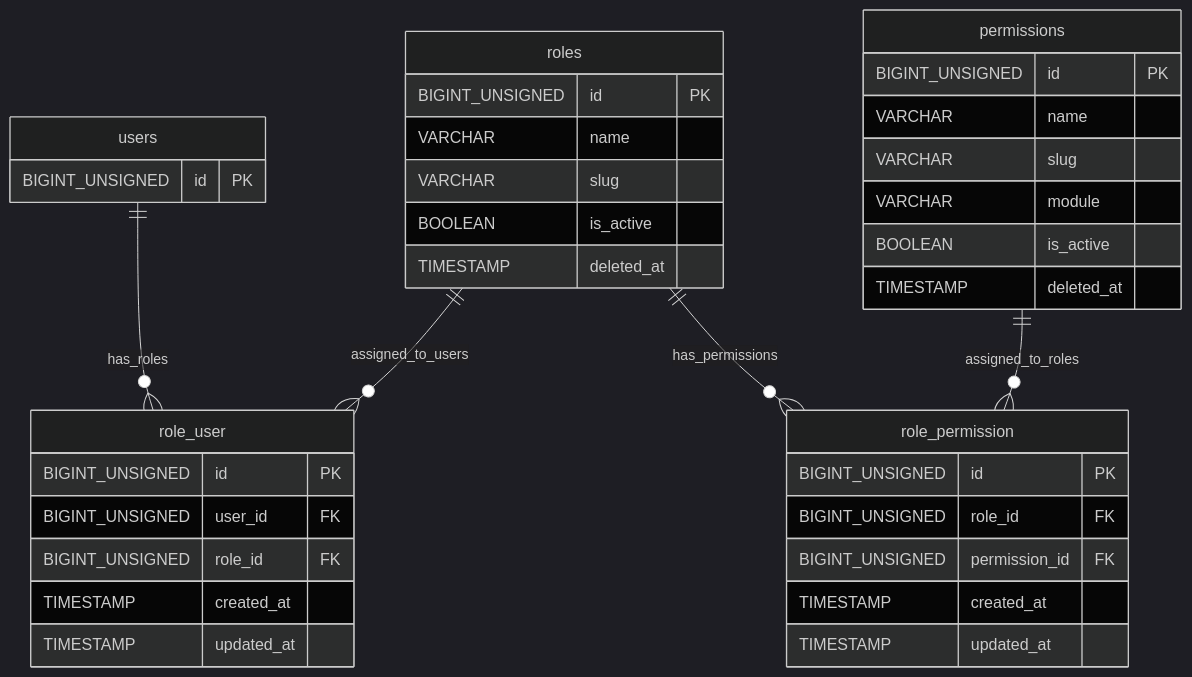
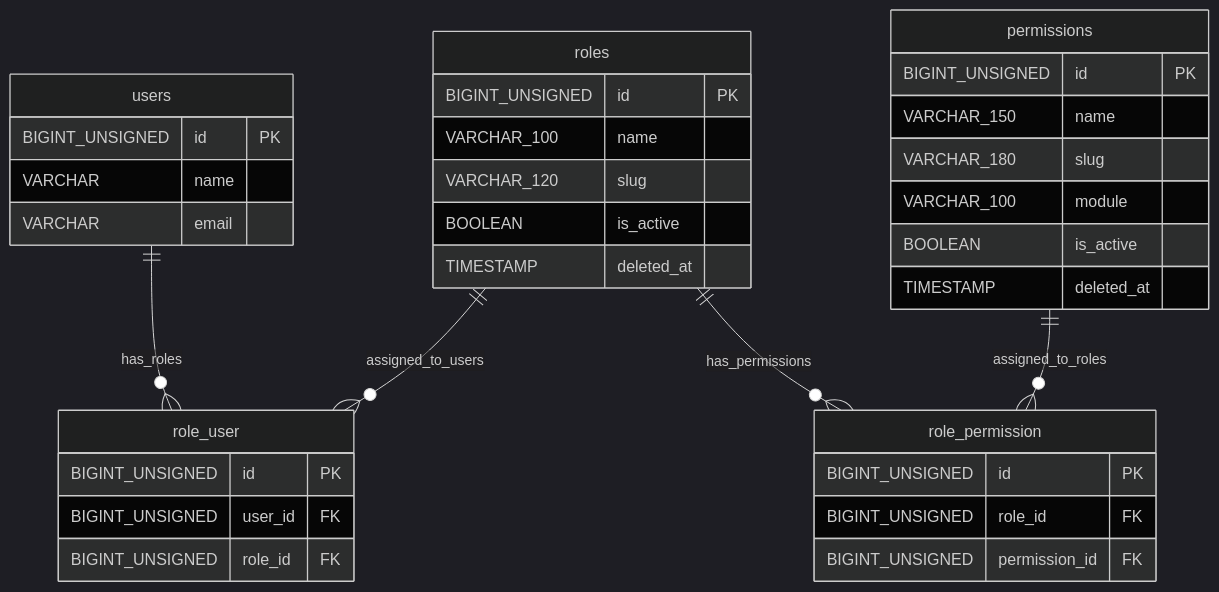
The first of 7 diagrams in docs/database/erd.md (farhanrahmananik/warehouse-management-laravel), drawn with Mermaid (dark theme) before and after one commit. The commit also changed other lines of this file and 1 other file, not shown here.

Commit message:
docs: align database documentation with implemented schema

````diff
--- a/docs/database/erd.md
+++ b/docs/database/erd.md
@@ -68,44 +60,42 @@
 ```mermaid
 erDiagram
     users {
         BIGINT_UNSIGNED id PK
+        VARCHAR name
+        VARCHAR email
     }
 
     roles {
         BIGINT_UNSIGNED id PK
-        VARCHAR name
-        VARCHAR slug
+        VARCHAR_100 name
+        VARCHAR_120 slug
         BOOLEAN is_active
         TIMESTAMP deleted_at
     }
 
     permissions {
         BIGINT_UNSIGNED id PK
-        VARCHAR name
-        VARCHAR slug
-        VARCHAR module
+        VARCHAR_150 name
+        VARCHAR_180 slug
+        VARCHAR_100 module
         BOOLEAN is_active
         TIMESTAMP deleted_at
     }
 
     role_user {
         BIGINT_UNSIGNED id PK
         BIGINT_UNSIGNED user_id FK
         BIGINT_UNSIGNED role_id FK
-        TIMESTAMP created_at
-        TIMESTAMP updated_at
     }
 
     role_permission {
         BIGINT_UNSIGNED id PK
         BIGINT_UNSIGNED role_id FK
         BIGINT_UNSIGNED permission_id FK
-        TIMESTAMP created_at
-        TIMESTAMP updated_at
     }
 
     users ||--o{ role_user : has_roles
     roles ||--o{ role_user : assigned_to_users
     roles ||--o{ role_permission : has_permissions
     permissions ||--o{ role_permission : assigned_to_roles
 ```
````
